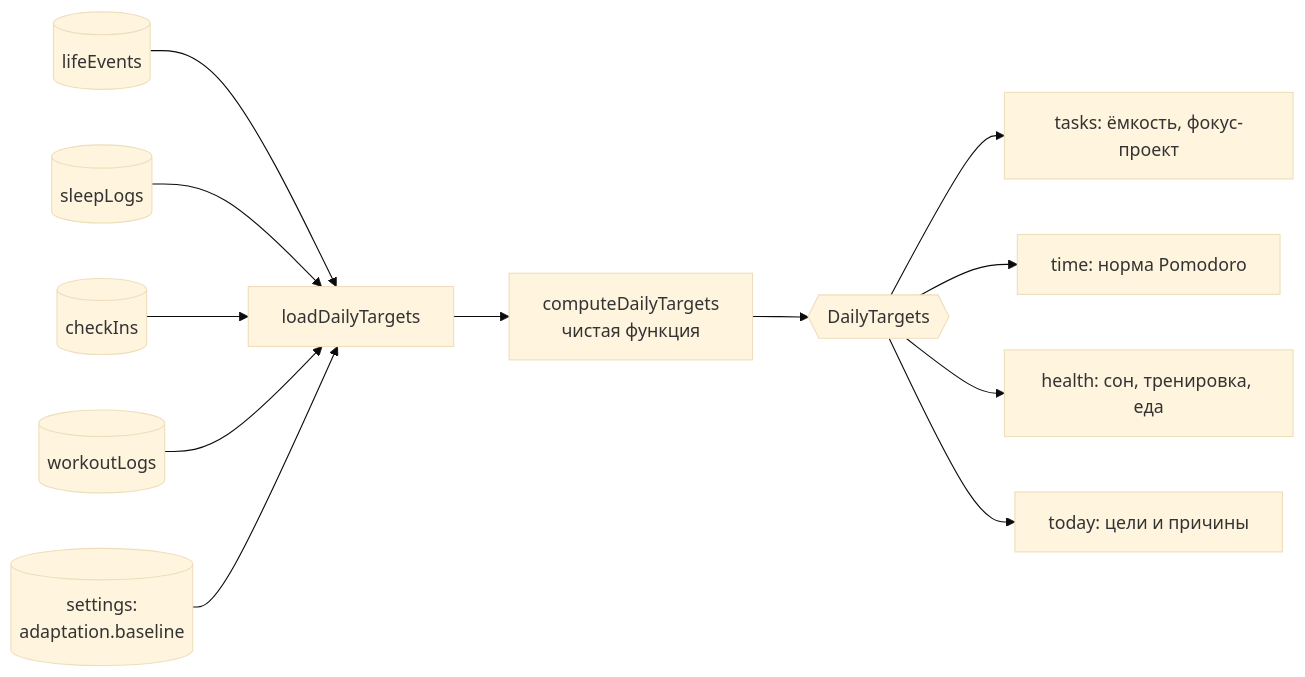
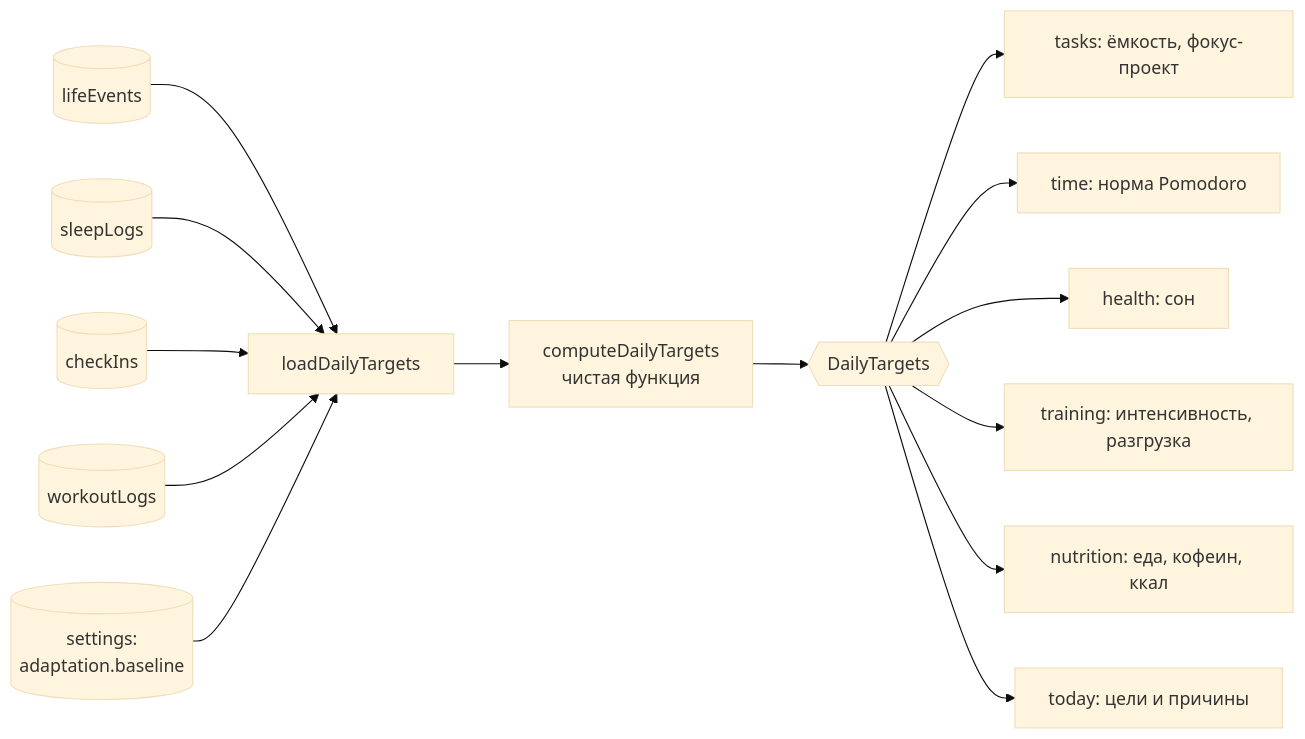
One commit to Manificento/Productivity changed the third of 3 diagrams in docs/architecture.md. Above: the diagram before and after it, drawn with Mermaid (base theme). The commit also changed other lines of this file and 49 other files, not shown here.

First line of the commit message:
feat(core): food diary to nutrition, workout log to training; health is the sleep block (#168)

````diff
--- a/docs/architecture.md
+++ b/docs/architecture.md
@@ -78,14 +80,16 @@
 ```mermaid
 flowchart LR
   ev[(lifeEvents)] --> load
   sl[(sleepLogs)] --> load
   ci[(checkIns)] --> load
   wl[(workoutLogs)] --> load
   bl[(settings:<br/>adaptation.baseline)] --> load
   load[loadDailyTargets] --> eng[computeDailyTargets<br/>чистая функция]
   eng --> dt{{DailyTargets}}
   dt --> t[tasks: ёмкость, фокус-проект]
   dt --> tm[time: норма Pomodoro]
-  dt --> h[health: сон, тренировка, еда]
+  dt --> h[health: сон]
+  dt --> tr[training: интенсивность, разгрузка]
+  dt --> nu[nutrition: еда, кофеин, ккал]
   dt --> td[today: цели и причины]
 ```
````
